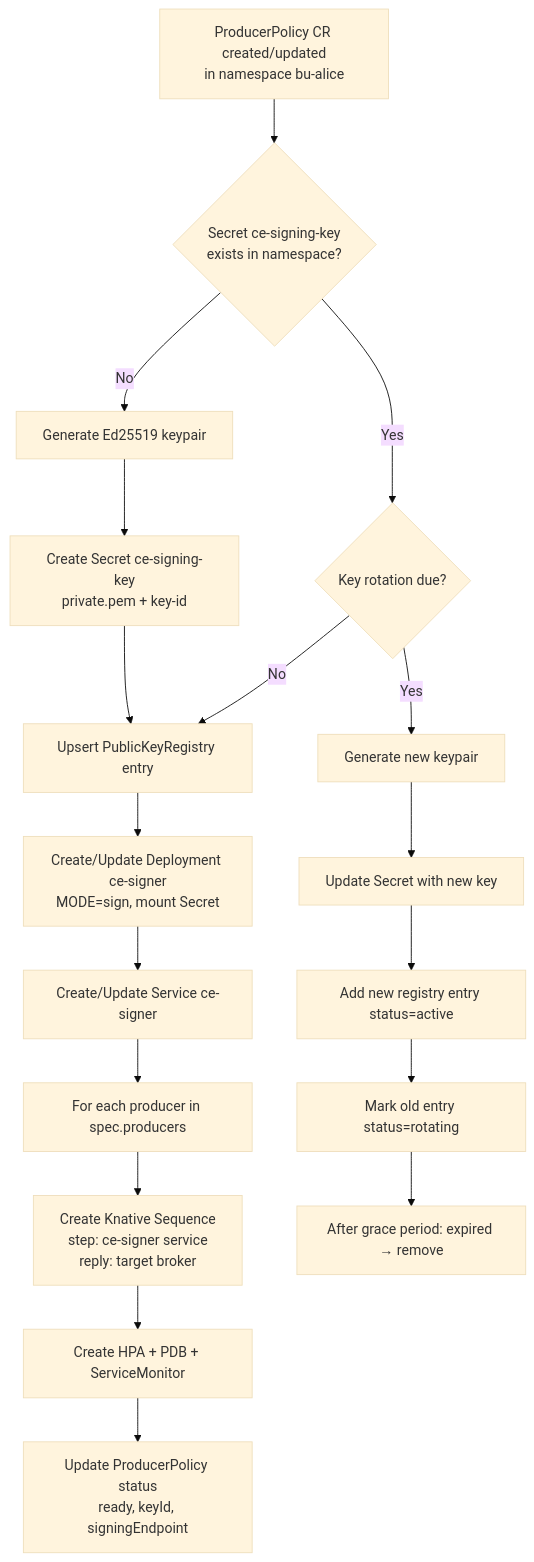
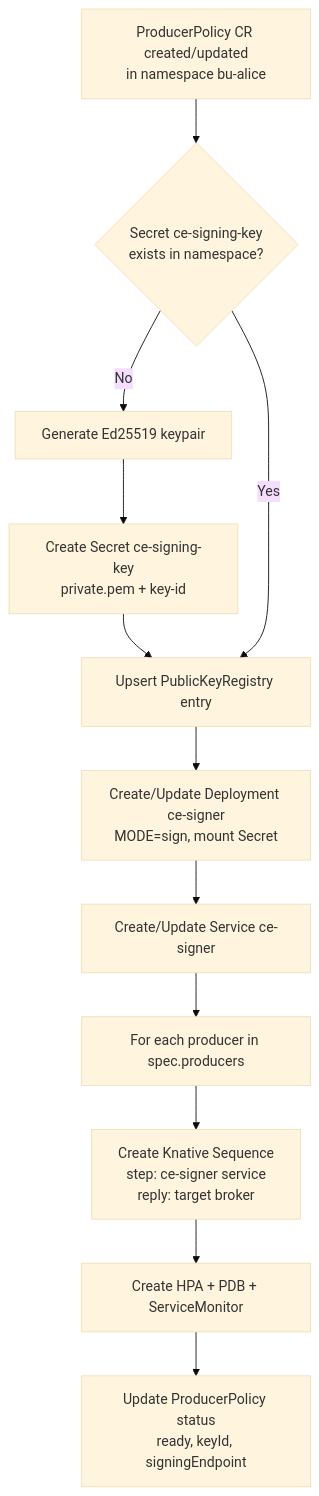
Before and after one commit to nrrso/eventing-signing-operator: the first of 10 diagrams in docs/FLOWCHART.md, drawn with Mermaid (base theme). The commit also changed other lines of this file, not shown here.

First line of the commit message:
chore(docs): update FLOWCHART.md for current state and add UC2 federation scenario

````diff
--- a/docs/FLOWCHART.md
+++ b/docs/FLOWCHART.md
@@ -18,23 +19,17 @@
 ```mermaid
 flowchart TD
     A[ProducerPolicy CR created/updated<br/>in namespace bu-alice] --> B{Secret ce-signing-key<br/>exists in namespace?}
 
     B -- No --> C[Generate Ed25519 keypair]
     C --> D[Create Secret ce-signing-key<br/>private.pem + key-id]
     D --> E[Upsert PublicKeyRegistry entry]
 
-    B -- Yes --> F{Key rotation due?}
-    F -- No --> E
-    F -- Yes --> G[Generate new keypair]
-    G --> H[Update Secret with new key]
-    H --> I[Add new registry entry status=active]
-    I --> J[Mark old entry status=rotating]
-    J --> K[After grace period: expired → remove]
+    B -- Yes --> E
 
     E --> L[Create/Update Deployment ce-signer<br/>MODE=sign, mount Secret]
     L --> M[Create/Update Service ce-signer]
     M --> N[For each producer in spec.producers]
     N --> O[Create Knative Sequence<br/>step: ce-signer service<br/>reply: target broker]
     O --> P[Create HPA + PDB + ServiceMonitor]
     P --> Q[Update ProducerPolicy status<br/>ready, keyId, signingEndpoint]
 ```
````
